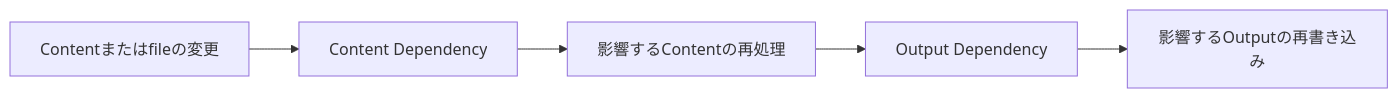
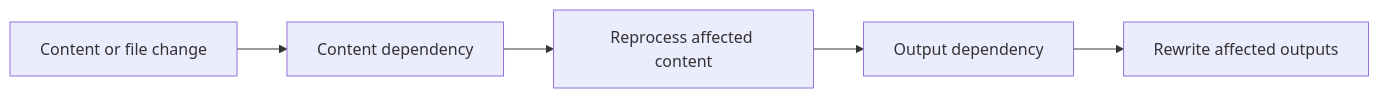
Before and after one commit to Rerurate514/riebeckite: the diagram in docs/docs/framework/build-dependency.md, drawn with Mermaid. The commit also changed other lines of this file and 604 other files, not shown here.

````diff
--- a/docs/docs/framework/build-dependency.md
+++ b/docs/docs/framework/build-dependency.md
@@ -7,7 +10,7 @@
 ```mermaid
 flowchart LR
-    Change["Contentまたはfileの変更"] --> Content["Content Dependency"]
-    Content --> Reprocess["影響するContentの再処理"]
-    Reprocess --> Output["Output Dependency"]
-    Output --> Rewrite["影響するOutputの再書き込み"]
+    Change["Content or file change"] --> Content["Content dependency"]
+    Content --> Reprocess["Reprocess affected content"]
+    Reprocess --> Output["Output dependency"]
+    Output --> Rewrite["Rewrite affected outputs"]
 ```
````
